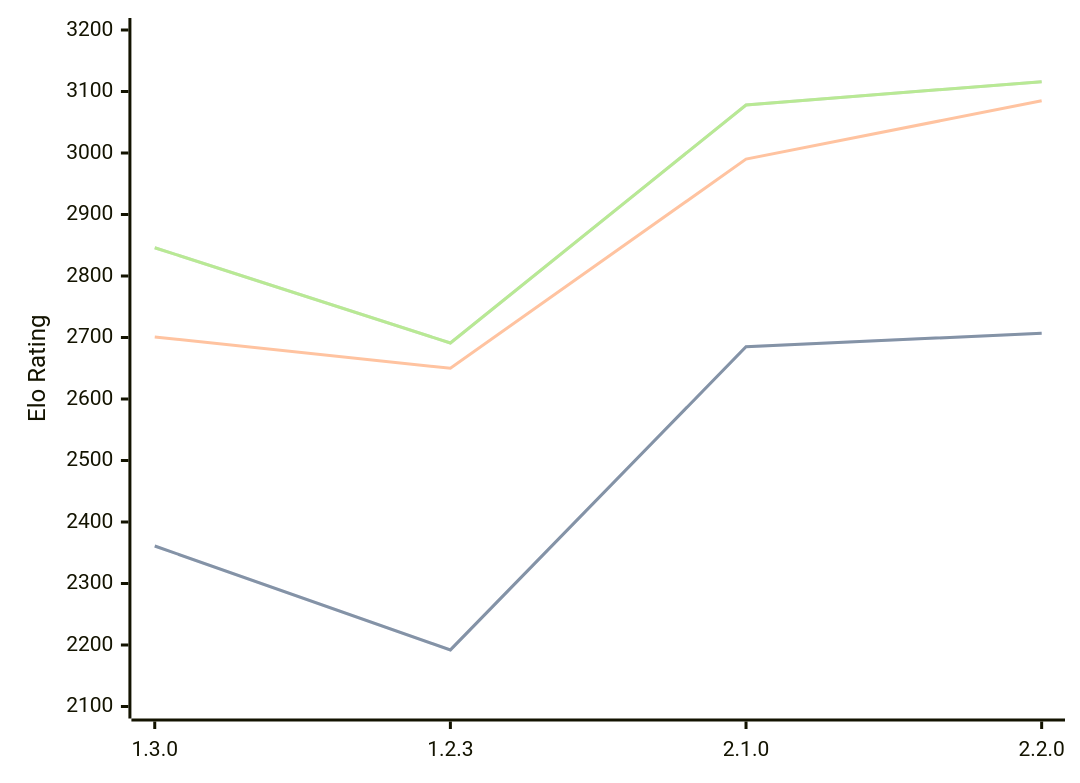
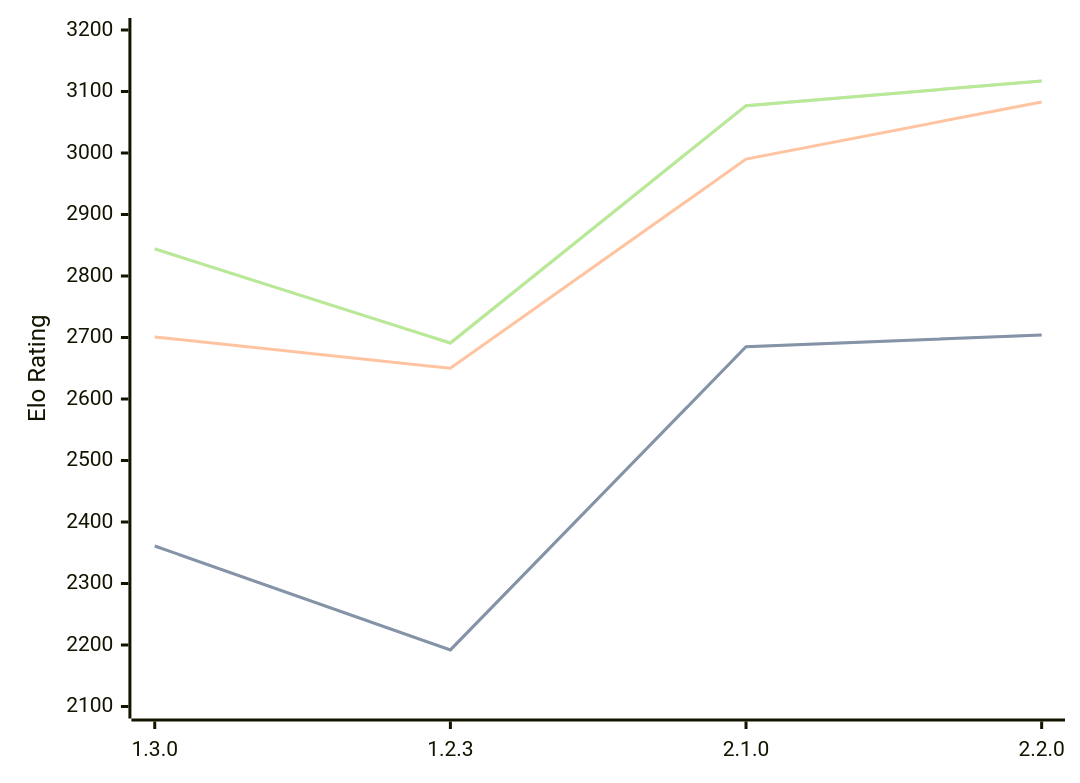
The diagram in engines/Aspen.md (computer-chess-index/cci), drawn with Mermaid before and after one commit. The commit also changed other lines of this file, not shown here.

Commit message:
Update CCI Ratings (ELO VLTC) - 2026-09-11

````diff
--- a/engines/Aspen.md
+++ b/engines/Aspen.md
@@ -43,11 +43,11 @@
 ```mermaid
 %%{init: {"theme":"base","themeVariables":{"seriesColors:['#a3a3a3','#222221','#faa371']}}}%%
 xychart-beta
   x-axis ["1.3.0", "1.2.3", "2.1.0", "2.2.0"]
   y-axis "Elo Rating" 2100 --> 3200
-  line "" [2361, 2192, 2685, 2707]
-  line "STC (8.0+0.08s)" [2361, 2192, 2685, 2707]
-  line "LTC (60.0+0.60s)" [2701, 2650, 2990, 3085]
-  line "" [2846, 2691, 3078, 3116]
-  line "VLTC (2m24s+1.12s)" [2846, 2691, 3078, 3116]
+  line "" [2361, 2192, 2685, 2704]
+  line "STC (8.0+0.08s)" [2361, 2192, 2685, 2704]
+  line "LTC (60.0+0.60s)" [2701, 2650, 2990, 3083]
+  line "" [2844, 2691, 3077, 3117]
+  line "VLTC (2m24s+1.12s)" [2844, 2691, 3077, 3117]
 ```
````
